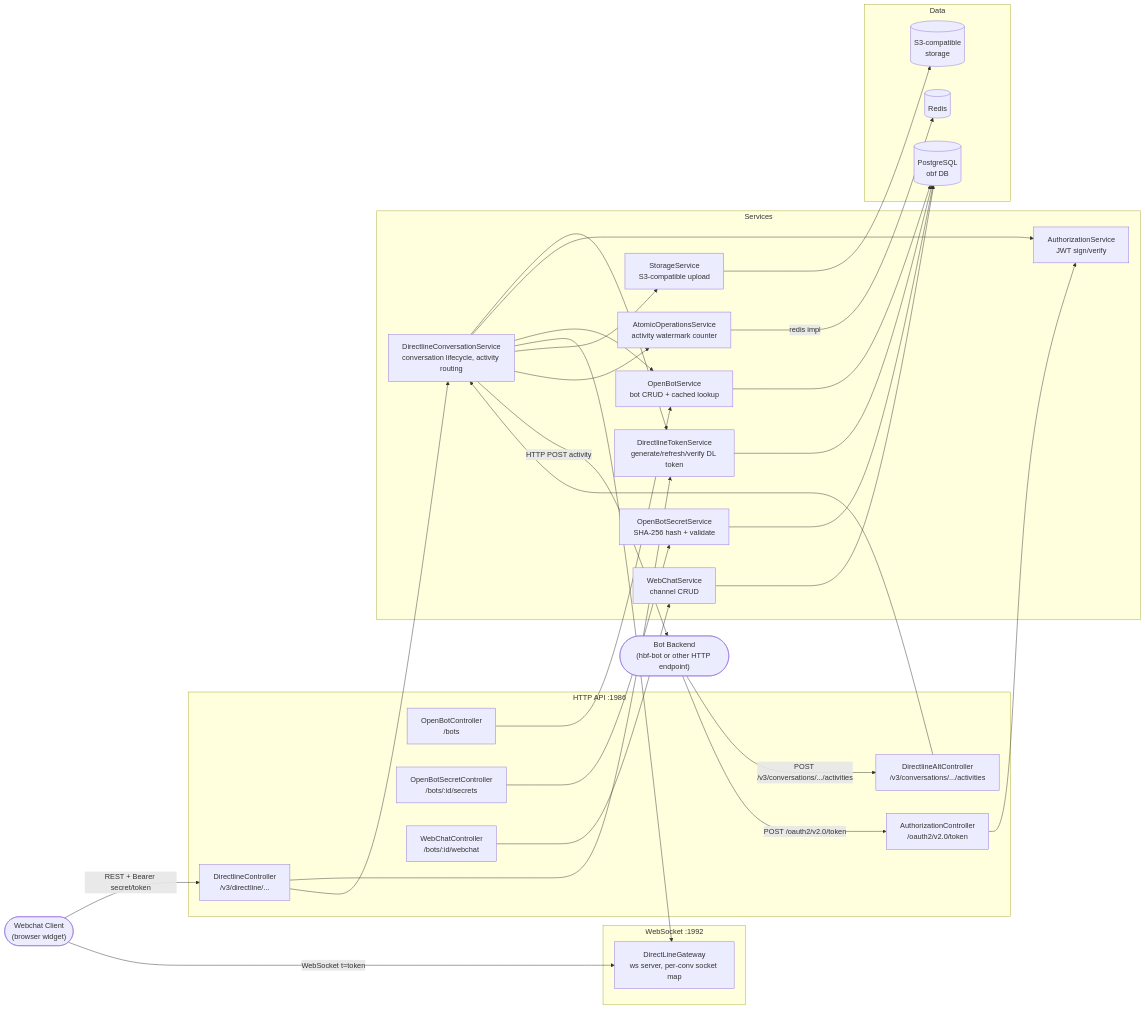
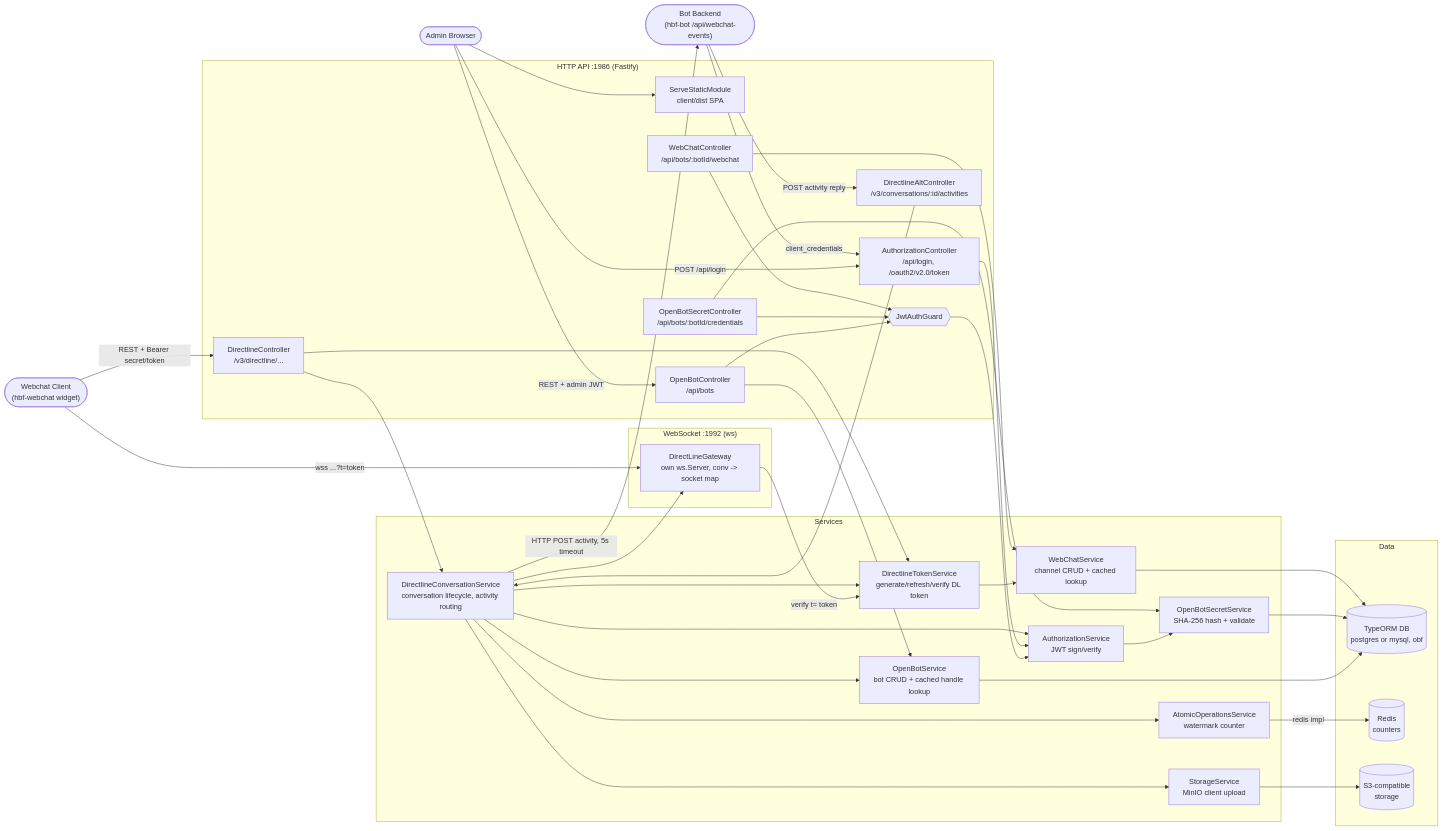
One commit to Helvia/open-bot-framework changed the first of 3 diagrams in docs/architecture.md. Above: the diagram before and after it, drawn with Mermaid. The commit also changed other lines of this file and 7 other files, not shown here.

````diff
--- a/docs/architecture.md
+++ b/docs/architecture.md
@@ -5,65 +5,78 @@
 ```mermaid
 flowchart LR
-    webchatClient(["Webchat Client<br/>(browser widget)"])
-    botBackend(["Bot Backend<br/>(hbf-bot or other HTTP endpoint)"])
+    webchatClient(["Webchat Client<br/>(hbf-webchat widget)"])
+    adminBrowser(["Admin Browser"])
+    botBackend(["Bot Backend<br/>(hbf-bot /api/webchat-events)"])
 
-    subgraph HTTP["HTTP API :1986"]
-        authCtrl["AuthorizationController<br/>/oauth2/v2.0/token"]
+    subgraph HTTP["HTTP API :1986 (Fastify)"]
+        spa["ServeStaticModule<br/>client/dist SPA"]
+        authCtrl["AuthorizationController<br/>/api/login, /oauth2/v2.0/token"]
         dlCtrl["DirectlineController<br/>/v3/directline/..."]
-        dlAltCtrl["DirectlineAltController<br/>/v3/conversations/.../activities"]
-        botCtrl["OpenBotController<br/>/bots"]
-        secretCtrl["OpenBotSecretController<br/>/bots/:id/secrets"]
-        webchatCtrl["WebChatController<br/>/bots/:id/webchat"]
+        dlAltCtrl["DirectlineAltController<br/>/v3/conversations/:id/activities"]
+        botCtrl["OpenBotController<br/>/api/bots"]
+        secretCtrl["OpenBotSecretController<br/>/api/bots/:botId/credentials"]
+        webchatCtrl["WebChatController<br/>/api/bots/:botId/webchat"]
+        guard{{"JwtAuthGuard"}}
     end
 
-    subgraph WS["WebSocket :1992"]
-        dlGateway["DirectLineGateway<br/>ws server, per-conv socket map"]
+    subgraph WS["WebSocket :1992 (ws)"]
+        dlGateway["DirectLineGateway<br/>own ws.Server, conv -> socket map"]
     end
 
     subgraph Services
         authSvc["AuthorizationService<br/>JWT sign/verify"]
         tokenSvc["DirectlineTokenService<br/>generate/refresh/verify DL token"]
         convSvc["DirectlineConversationService<br/>conversation lifecycle, activity routing"]
-        botSvc["OpenBotService<br/>bot CRUD + cached lookup"]
+        botSvc["OpenBotService<br/>bot CRUD + cached handle lookup"]
         secretSvc["OpenBotSecretService<br/>SHA-256 hash + validate"]
-        webchatSvc["WebChatService<br/>channel CRUD"]
-        storageSvc["StorageService<br/>S3-compatible upload"]
-        atomicSvc["AtomicOperationsService<br/>activity watermark counter"]
+        webchatSvc["WebChatService<br/>channel CRUD + cached lookup"]
+        storageSvc["StorageService<br/>MinIO client upload"]
+        atomicSvc["AtomicOperationsService<br/>watermark counter"]
     end
 
     subgraph Data
-        pg[("PostgreSQL<br/>obf DB")]
-        redis[("Redis")]
+        db[("TypeORM DB<br/>postgres or mysql, obf")]
+        redis[("Redis<br/>counters")]
         s3[("S3-compatible<br/>storage")]
     end
 
+    adminBrowser --> spa
+    adminBrowser -->|"REST + admin JWT"| botCtrl
+    adminBrowser -->|"POST /api/login"| authCtrl
     webchatClient -->|"REST + Bearer secret/token"| dlCtrl
-    webchatClient -->|"WebSocket t=token"| dlGateway
-    botBackend -->|"POST /v3/conversations/.../activities"| dlAltCtrl
-    botBackend -->|"POST /oauth2/v2.0/token"| authCtrl
+    webchatClient -->|"wss ...?t=token"| dlGateway
+    botBackend -->|"POST activity reply"| dlAltCtrl
+    botBackend -->|"client_credentials"| authCtrl
+
+    botCtrl --> guard
+    secretCtrl --> guard
+    webchatCtrl --> guard
+    guard --> authSvc
 
     dlCtrl --> tokenSvc
     dlCtrl --> convSvc
     dlAltCtrl --> convSvc
     authCtrl --> authSvc
+    authSvc --> secretSvc
 
+    dlGateway -->|"verify t= token"| tokenSvc
+    tokenSvc --> webchatSvc
     convSvc --> tokenSvc
     convSvc --> authSvc
     convSvc --> botSvc
     convSvc --> dlGateway
     convSvc --> storageSvc
     convSvc --> atomicSvc
-    convSvc -->|"HTTP POST activity"| botBackend
+    convSvc -->|"HTTP POST activity, 5s timeout"| botBackend
 
     botCtrl --> botSvc
     secretCtrl --> secretSvc
     webchatCtrl --> webchatSvc
 
-    botSvc --> pg
-    secretSvc --> pg
-    webchatSvc --> pg
-    tokenSvc --> pg
+    botSvc --> db
+    secretSvc --> db
+    webchatSvc --> db
 
     atomicSvc -->|"redis impl"| redis
     storageSvc --> s3
 ```
````
